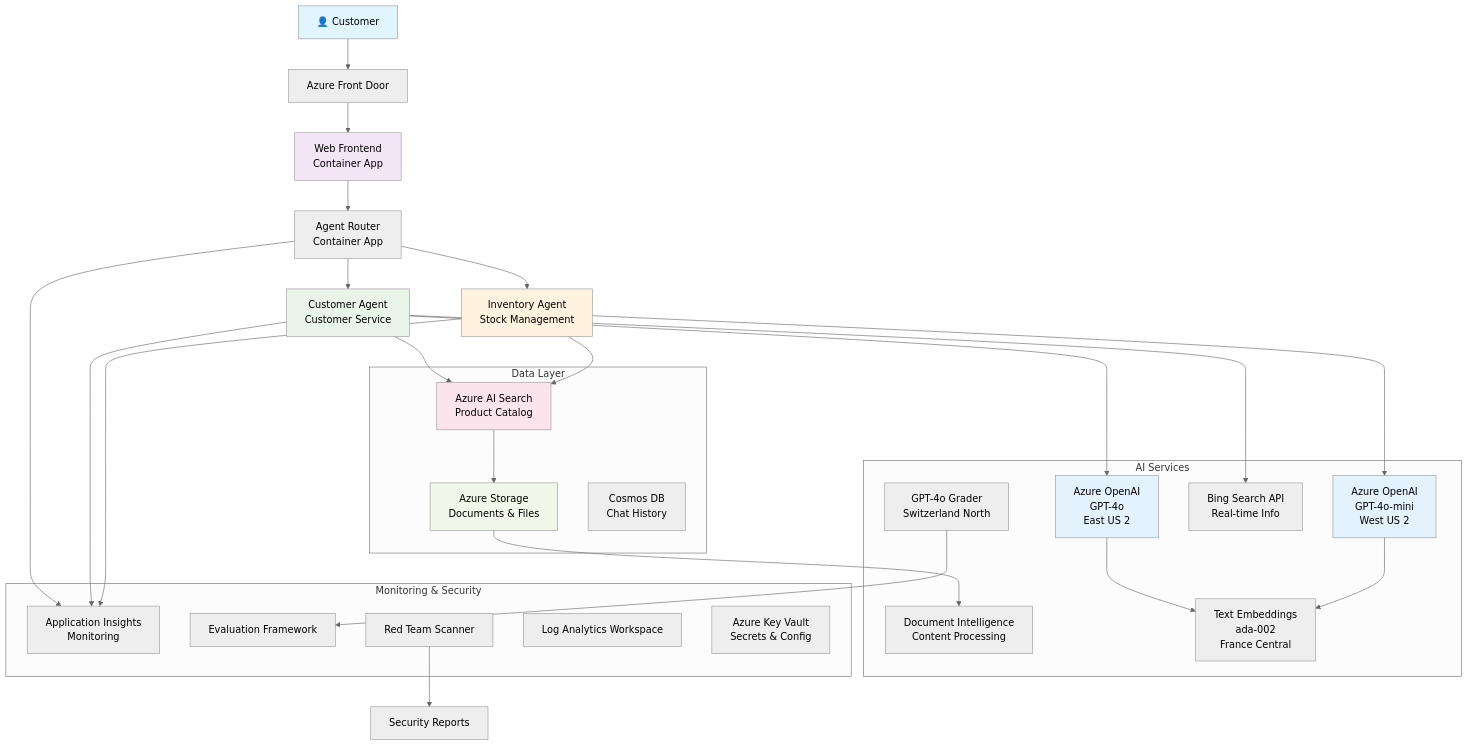
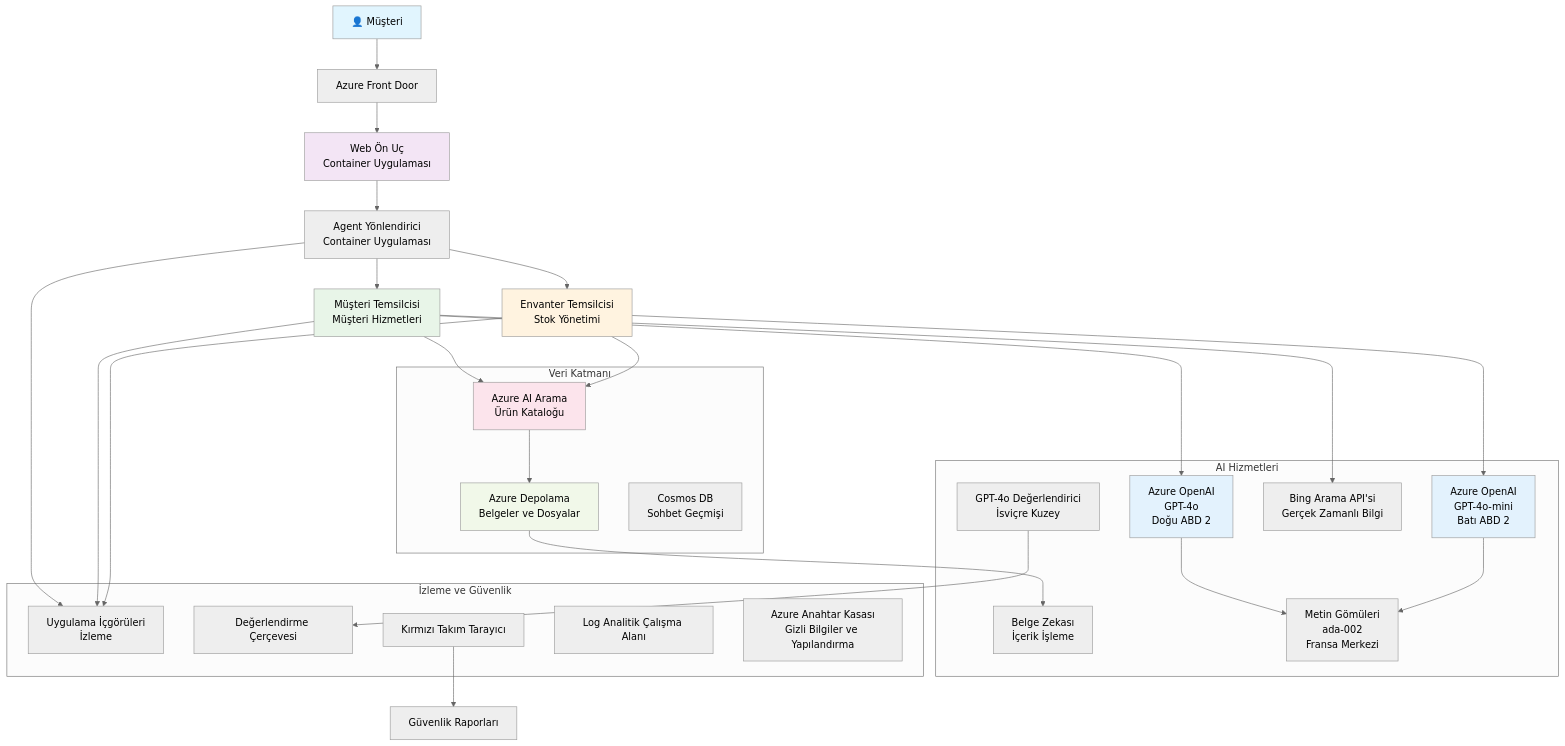
One commit to microsoft/AZD-for-beginners changed the diagram in translations/tr/examples/retail-scenario.md. Above: the diagram before and after it, drawn with Mermaid (neutral theme). The commit also changed other lines of this file and 128 other files, not shown here.

````diff
--- a/translations/tr/examples/retail-scenario.md
+++ b/translations/tr/examples/retail-scenario.md
@@ -36,61 +148,61 @@
 ```mermaid
 graph TB
-    User[👤 Customer] --> LB[Azure Front Door]
-    LB --> WebApp[Web Frontend<br/>Container App]
+    User[👤 Müşteri] --> LB[Azure Front Door]
+    LB --> WebApp[Web Ön Uç<br/>Container Uygulaması]
     
-    WebApp --> Router[Agent Router<br/>Container App]
-    Router --> CustomerAgent[Customer Agent<br/>Customer Service]
-    Router --> InvAgent[Inventory Agent<br/>Stock Management]
+    WebApp --> Router[Agent Yönlendirici<br/>Container Uygulaması]
+    Router --> CustomerAgent[Müşteri Temsilcisi<br/>Müşteri Hizmetleri]
+    Router --> InvAgent[Envanter Temsilcisi<br/>Stok Yönetimi]
     
-    CustomerAgent --> OpenAI1[Azure OpenAI<br/>GPT-4o<br/>East US 2]
-    InvAgent --> OpenAI2[Azure OpenAI<br/>GPT-4o-mini<br/>West US 2]
+    CustomerAgent --> OpenAI1[Azure OpenAI<br/>GPT-4o<br/>Doğu ABD 2]
+    InvAgent --> OpenAI2[Azure OpenAI<br/>GPT-4o-mini<br/>Batı ABD 2]
     
-    CustomerAgent --> AISearch[Azure AI Search<br/>Product Catalog]
-    CustomerAgent --> BingSearch[Bing Search API<br/>Real-time Info]
+    CustomerAgent --> AISearch[Azure AI Arama<br/>Ürün Kataloğu]
+    CustomerAgent --> BingSearch[Bing Arama API'si<br/>Gerçek Zamanlı Bilgi]
     InvAgent --> AISearch
     
-    AISearch --> Storage[Azure Storage<br/>Documents & Files]
-    Storage --> DocIntel[Document Intelligence<br/>Content Processing]
+    AISearch --> Storage[Azure Depolama<br/>Belgeler ve Dosyalar]
+    Storage --> DocIntel[Belge Zekası<br/>İçerik İşleme]
     
-    OpenAI1 --> Embeddings[Text Embeddings<br/>ada-002<br/>France Central]
+    OpenAI1 --> Embeddings[Metin Gömüleri<br/>ada-002<br/>Fransa Merkezi]
     OpenAI2 --> Embeddings
     
-    Router --> AppInsights[Application Insights<br/>Monitoring]
+    Router --> AppInsights[Uygulama İçgörüleri<br/>İzleme]
     CustomerAgent --> AppInsights
     InvAgent --> AppInsights
     
-    GraderModel[GPT-4o Grader<br/>Switzerland North] --> Evaluation[Evaluation Framework]
-    RedTeam[Red Team Scanner] --> SecurityReports[Security Reports]
+    GraderModel[GPT-4o Değerlendirici<br/>İsviçre Kuzey] --> Evaluation[Değerlendirme Çerçevesi]
+    RedTeam[Kırmızı Takım Tarayıcı] --> SecurityReports[Güvenlik Raporları]
     
-    subgraph "Data Layer"
+    subgraph "Veri Katmanı"
         Storage
         AISearch
-        CosmosDB[Cosmos DB<br/>Chat History]
+        CosmosDB[Cosmos DB<br/>Sohbet Geçmişi]
     end
     
-    subgraph "AI Services"
+    subgraph "AI Hizmetleri"
         OpenAI1
         OpenAI2
         Embeddings
         GraderModel
         DocIntel
         BingSearch
     end
     
-    subgraph "Monitoring & Security"
+    subgraph "İzleme ve Güvenlik"
         AppInsights
-        LogAnalytics[Log Analytics Workspace]
-        KeyVault[Azure Key Vault<br/>Secrets & Config]
+        LogAnalytics[Log Analitik Çalışma Alanı]
+        KeyVault[Azure Anahtar Kasası<br/>Gizli Bilgiler ve Yapılandırma]
         RedTeam
         Evaluation
     end
     
     style User fill:#e1f5fe
     style WebApp fill:#f3e5f5
     style CustomerAgent fill:#e8f5e8
     style InvAgent fill:#fff3e0
     style OpenAI1 fill:#e3f2fd
     style OpenAI2 fill:#e3f2fd
     style AISearch fill:#fce4ec
     style Storage fill:#f1f8e9
 ```
````
